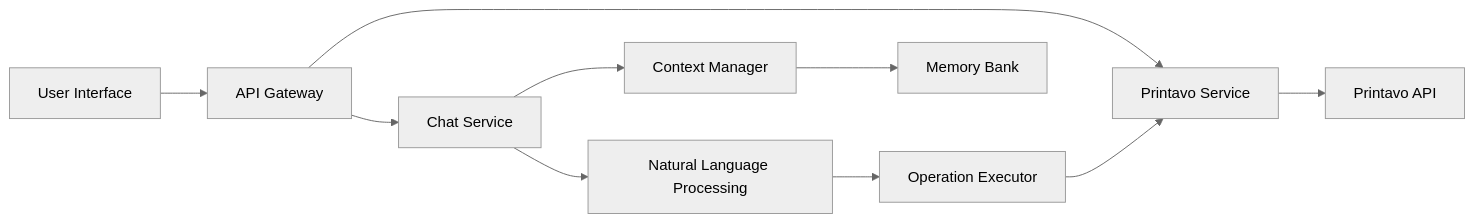
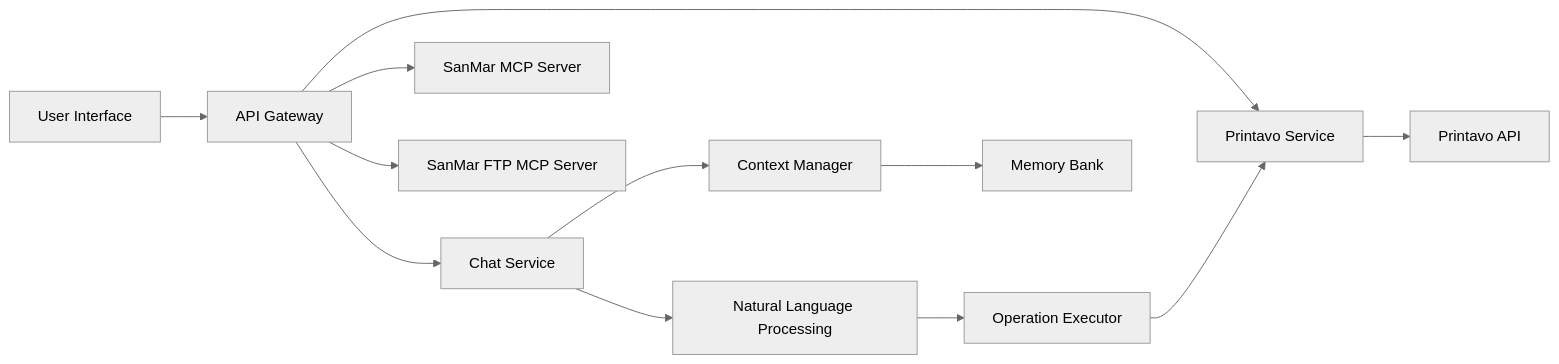
Before and after one commit to MrMarysville/printavochat: the first of 2 diagrams in memory-bank/systemPatterns.md, drawn with Mermaid (neutral theme). The commit also changed other lines of this file and 55 other files, not shown here.

````diff
--- a/memory-bank/systemPatterns.md
+++ b/memory-bank/systemPatterns.md
@@ -6,12 +6,14 @@
 ```mermaid
 graph LR
     User[User Interface] --> API[API Gateway]
     API --> Chat[Chat Service]
     API --> Printavo[Printavo Service]
     Chat --> NLP[Natural Language Processing]
     Chat --> Context[Context Manager]
     Printavo --> PrintavoAPI[Printavo API]
     NLP --> Operation[Operation Executor]
     Operation --> Printavo
     Context --> MemoryBank[Memory Bank]
+    API --> SanMar[SanMar MCP Server]
+    API --> SanMarFTP[SanMar FTP MCP Server]
 ```
````
